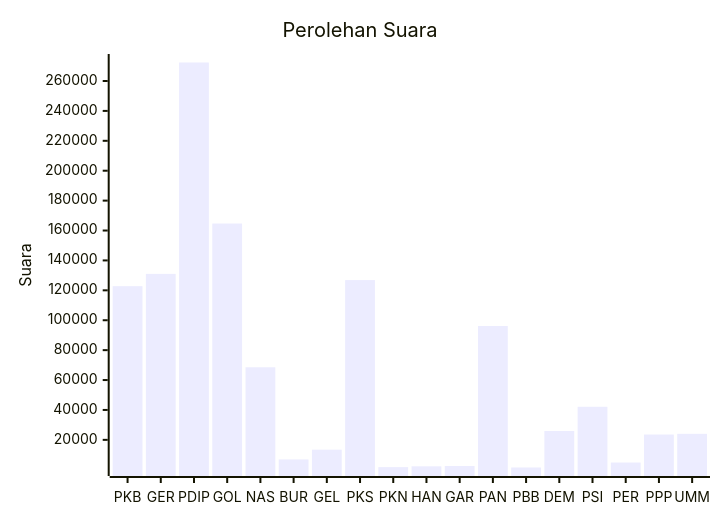
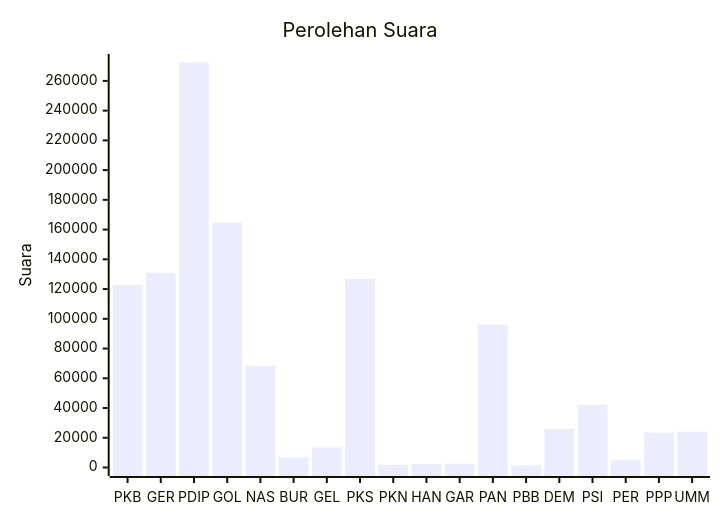
Before and after one commit to gigit-pemilu/pemilu-2024: the diagram in pileg-dpr/hitung-suara/sub/table-wilayah-34.md, drawn with Mermaid. The commit also changed 57 other files, not shown here.

````diff
--- a/pileg-dpr/hitung-suara/sub/table-wilayah-34.md
+++ b/pileg-dpr/hitung-suara/sub/table-wilayah-34.md
@@ -7,7 +7,7 @@
 ```mermaid
 xychart-beta
     title "Perolehan Suara"
     x-axis [PKB, GER, PDIP, GOL, NAS, BUR, GEL, PKS, PKN, HAN, GAR, PAN, PBB, DEM, PSI, PER, PPP, UMM]
-    y-axis "Suara"
+    y-axis "Suara" 0 --> 272371
     bar [122792, 131000, 272371, 164686, 68527, 6913, 13444, 126853, 1777, 2308, 2498, 96125, 1512, 25935, 42116, 4827, 23560, 24040]
 ```
````
